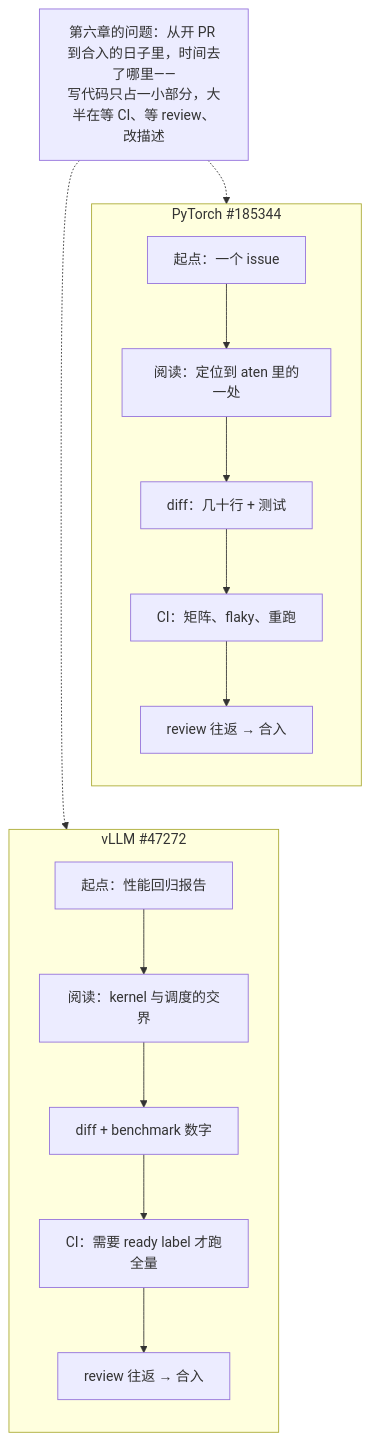
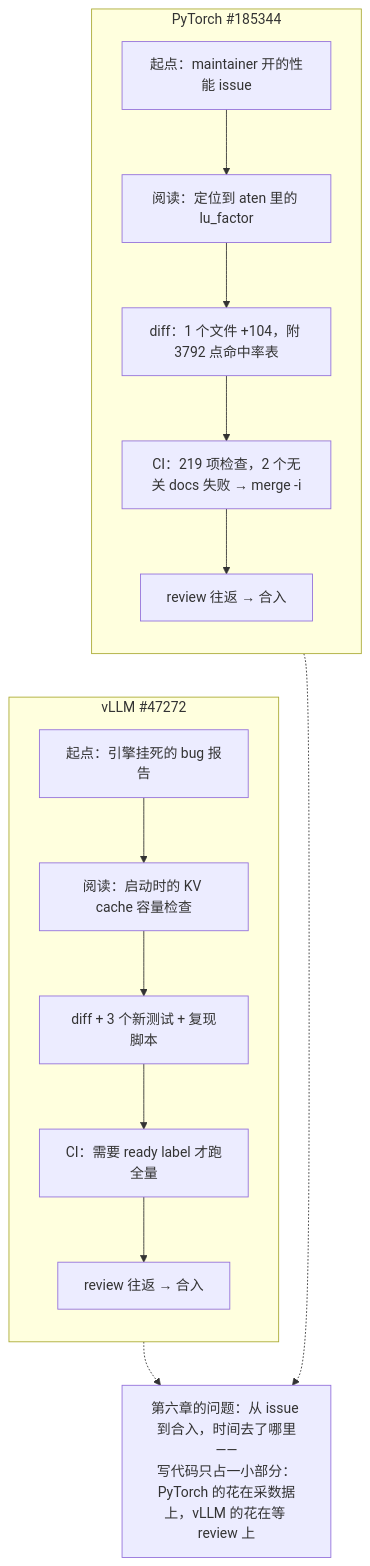
Before and after one commit to arganzheng/arganzheng.github.com: the diagram in _posts/2026-09-27-two-real-prs-pytorch-and-vllm.md, drawn with Mermaid. The commit also changed other lines of this file, not shown here.

Commit message:
开源贡献 04 两个真实 PR：ASCII 对照表/时间线转 Markdown 表格、要点回顾转列表；总览 Mermaid 按正文重写节点；issue 起算 173 天、#181999 只有 RTX 6000 Ada 数据、V1 Sample 依赖与 mirror、ghstack 出处三.6

````diff
--- a/_posts/2026-09-27-two-real-prs-pytorch-and-vllm.md
+++ b/_posts/2026-09-27-two-real-prs-pytorch-and-vllm.md
@@ -25,16 +25,15 @@
 ```mermaid
 %%{init: {"flowchart": {"wrappingWidth": 180}}}%%
 %% 图：两个真实 PR 的并排时间线：PyTorch #185344 与 vLLM #47272
 flowchart TB
     subgraph A["PyTorch #185344"]
         direction TB
-        A1["起点：一个 issue"] --> A2["阅读：定位到 aten 里的一处"] --> A3["diff：几十行 + 测试"] --> A4["CI：矩阵、flaky、重跑"] --> A5["review 往返 → 合入"]
+        A1["起点：maintainer 开的性能 issue"] --> A2["阅读：定位到 aten 里的 lu_factor"] --> A3["diff：1 个文件 +104，附 3792 点命中率表"] --> A4["CI：219 项检查，2 个无关 docs 失败 → merge -i"] --> A5["review 往返 → 合入"]
     end
     subgraph B["vLLM #47272"]
         direction TB
-        B1["起点：性能回归报告"] --> B2["阅读：kernel 与调度的交界"] --> B3["diff + benchmark 数字"] --> B4["CI：需要 ready label 才跑全量"] --> B5["review 往返 → 合入"]
+        B1["起点：引擎挂死的 bug 报告"] --> B2["阅读：启动时的 KV cache 容量检查"] --> B3["diff + 3 个新测试 + 复现脚本"] --> B4["CI：需要 ready label 才跑全量"] --> B5["review 往返 → 合入"]
     end
     A ~~~ B
-    X["第六章的问题：从开 PR 到合入的日子里，时间去了哪里——<br/>写代码只占一小部分，大半在等 CI、等 review、改描述"] -.-> A5 & B5
-
+    A5 & B5 -.-> X["第六章的问题：从 issue 到合入，时间去了哪里——<br/>写代码只占一小部分：PyTorch 的花在采数据上，vLLM 的花在等 review 上"]
 ```
````
